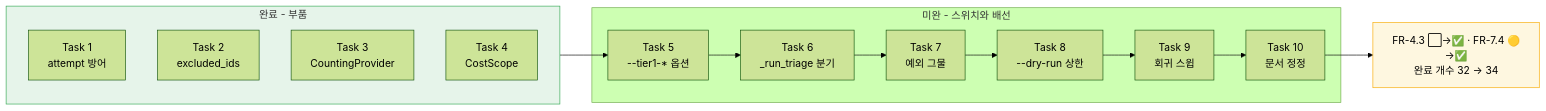
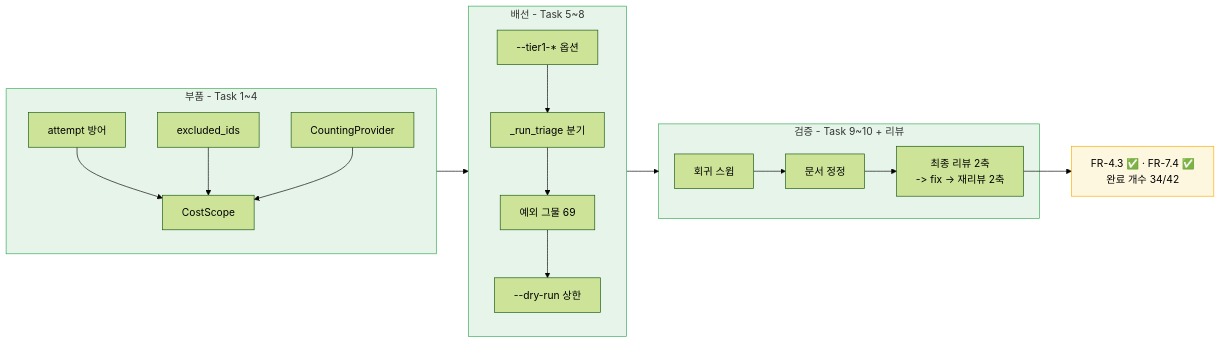
Before and after one commit to withwooyong/cuesift: the diagram in HANDOFF.md, drawn with Mermaid (forest theme). The commit also changed other lines of this file, not shown here.

````diff
--- a/HANDOFF.md
+++ b/HANDOFF.md
@@ -30,20 +29,24 @@
 ```mermaid
 flowchart LR
-    subgraph done["완료 - 부품"]
-        T1["Task 1<br/>attempt 방어"]
-        T2["Task 2<br/>excluded_ids"]
-        T3["Task 3<br/>CountingProvider"]
-        T4["Task 4<br/>CostScope"]
+    subgraph parts["부품 - Task 1~4"]
+        T1["attempt 방어"] --> T4
+        T2["excluded_ids"] --> T4
+        T3["CountingProvider"] --> T4
+        T4["CostScope"]
     end
-    subgraph todo["미완 - 스위치와 배선"]
-        T5["Task 5<br/>--tier1-* 옵션"] --> T6["Task 6<br/>_run_triage 분기"]
-        T6 --> T7["Task 7<br/>예외 그물"]
-        T7 --> T8["Task 8<br/>--dry-run 상한"]
-        T8 --> T9["Task 9<br/>회귀 스윕"]
-        T9 --> T10["Task 10<br/>문서 정정"]
+    subgraph wiring["배선 - Task 5~8"]
+        T5["--tier1-* 옵션"] --> T6["_run_triage 분기"]
+        T6 --> T7["예외 그물 69"]
+        T7 --> T8["--dry-run 상한"]
     end
-    done --> T5
-    T10 --> R["FR-4.3 ⬜→✅ · FR-7.4 🟡→✅<br/>완료 개수 32 → 34"]
-    style done fill:#e6f4ea,stroke:#34a853
-    style R fill:#fef7e0,stroke:#f9ab00
+    subgraph gate["검증 - Task 9~10 + 리뷰"]
+        T9["회귀 스윕"] --> T10["문서 정정"]
+        T10 --> RV["최종 리뷰 2축<br/>-> fix -> 재리뷰 2축"]
+    end
+    parts --> wiring --> gate
+    RV --> DONE["FR-4.3 ✅ · FR-7.4 ✅<br/>완료 개수 34/42"]
+    style parts fill:#e6f4ea,stroke:#34a853
+    style wiring fill:#e6f4ea,stroke:#34a853
+    style gate fill:#e6f4ea,stroke:#34a853
+    style DONE fill:#fef7e0,stroke:#f9ab00
 ```
````
